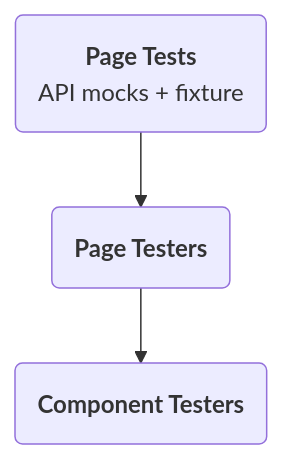
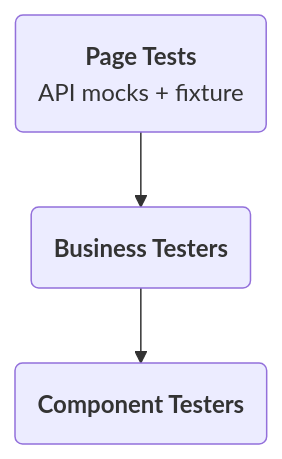
The third of 4 diagrams in _posts/2023-12-10-react-unit-testing-best-practices.md (EthanLin-TWer/blog), drawn with Mermaid before and after one commit. The commit also changed other lines of this file, not shown here.

````diff
--- a/_posts/2023-12-10-react-unit-testing-best-practices.md
+++ b/_posts/2023-12-10-react-unit-testing-best-practices.md
@@ -212,9 +366,9 @@
 ```mermaid
 flowchart TB
   page_tests("<b>Page Tests</b><br/>API mocks + fixture")
-  page_testers("<b>Page Testers</b>") 
+  business_testers("<b>Business Testers</b>") 
   testers("<b>Component Testers</b>")
         
-  page_tests --> page_testers
-  page_testers --> testers
+  page_tests --> business_testers
+  business_testers --> testers
 ```
````
